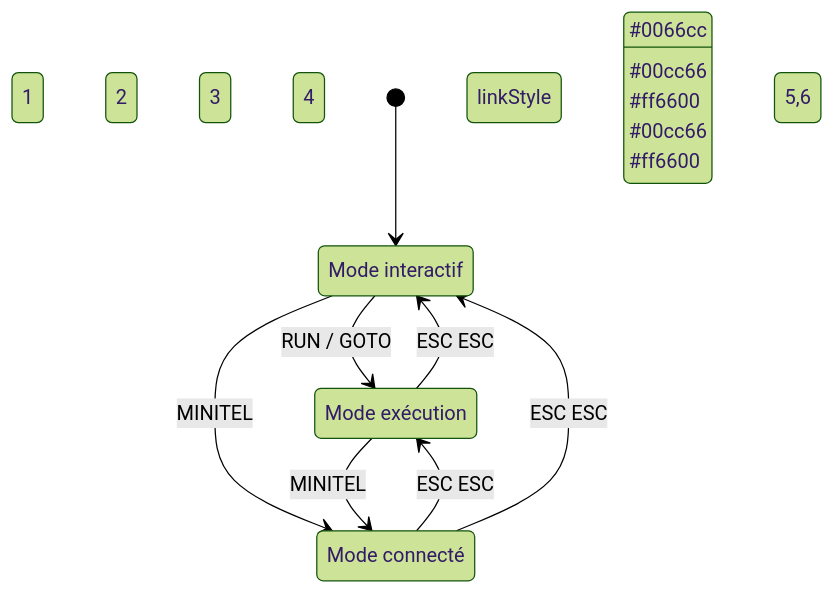
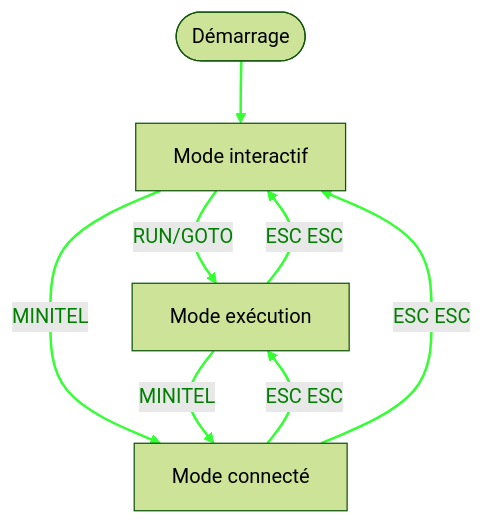
The diagram in lib/basic/BASTOS-MANUAL-fr.md (abasty/minwifi-esp01), drawn with Mermaid (forest theme) before and after one commit. The commit also changed 1 other file, not shown here.

Commit message:
doc(manual): change BASTOS modes diagram to flowchart with styled links

````diff
--- a/lib/basic/BASTOS-MANUAL-fr.md
+++ b/lib/basic/BASTOS-MANUAL-fr.md
@@ -33,20 +33,16 @@
 ```mermaid
-stateDiagram-v2
-    interactif: Mode interactif
-    execution: Mode exécution
-    connecte: Mode connecté
-    
-    [*] --> interactif
-    interactif --> execution: RUN / GOTO
-    interactif --> connecte: MINITEL
-    execution --> interactif: ESC ESC
-    execution --> connecte: MINITEL
-    connecte --> execution: ESC ESC
-    connecte --> interactif: ESC ESC
-    
-    linkStyle 1 stroke:#0066cc
-    linkStyle 2 stroke:#00cc66
-    linkStyle 3 stroke:#ff6600
-    linkStyle 4 stroke:#00cc66
-    linkStyle 5,6 stroke:#ff6600
+flowchart TD
+    start([Démarrage])
+    interactif["Mode interactif"]
+    execution["Mode exécution"]
+    connecte["Mode connecté"]
+
+    start --> interactif
+    interactif --> |RUN/GOTO| execution
+    interactif -->|MINITEL| connecte
+    execution -->|ESC ESC| interactif
+    execution -->|MINITEL| connecte
+    connecte -->|ESC ESC| execution
+    connecte -->|ESC ESC| interactif
+    linkStyle default stroke:#3f3,stroke-width:2px,color:green;
 ```
````
